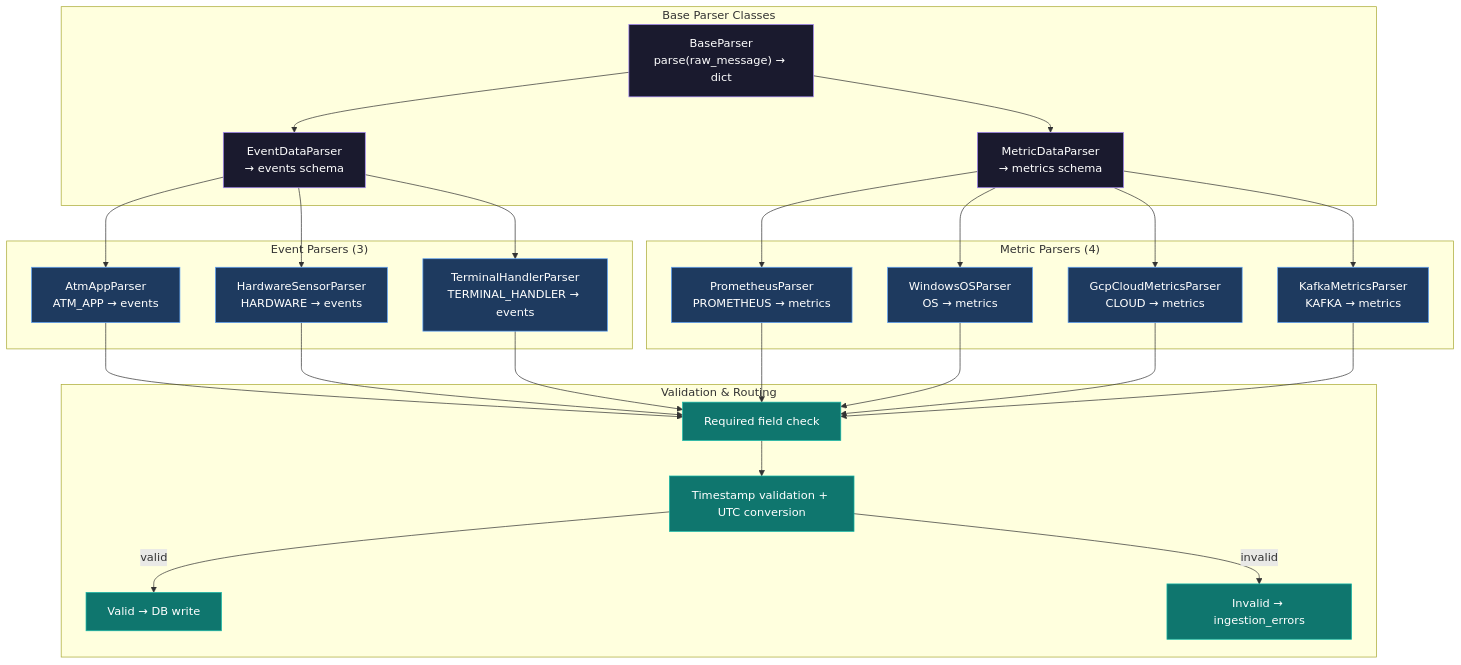
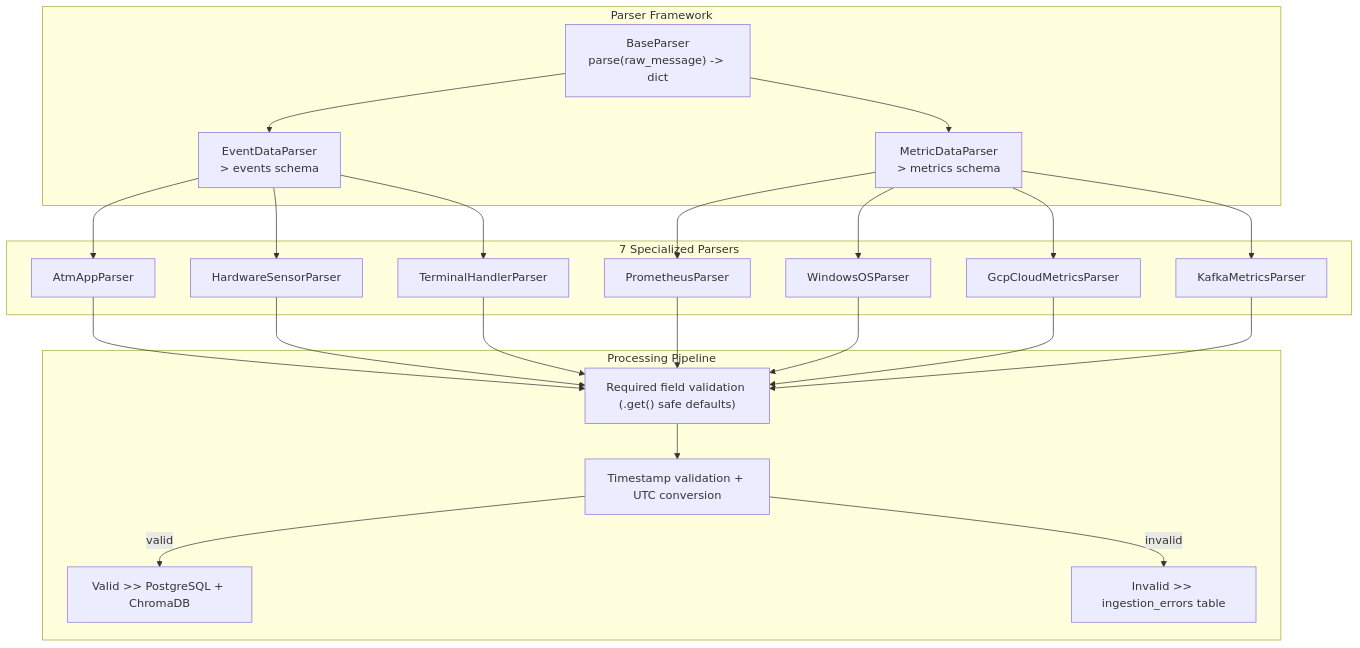
One commit to AhmedIkram05/laad changed the fourth of 8 diagrams in README.md. Above: the diagram before and after it, drawn with Mermaid. The commit also changed other lines of this file, not shown here.

````diff
--- a/README.md
+++ b/README.md
@@ -447,51 +382,31 @@
 ```mermaid
 flowchart TD
-  subgraph Base ["Base Parser Classes"]
-    BP["BaseParser\nparse(raw_message) → dict"]
-    EDP["EventDataParser\n→ events schema"]
-    MDP["MetricDataParser\n→ metrics schema"]
+  subgraph Base ["Parser Framework"]
+    BP["BaseParser<br/>parse(raw_message) -> dict"]
+    EDP["EventDataParser<br/>> events schema"]
+    MDP["MetricDataParser<br/>> metrics schema"]
   end
 
-  subgraph EventParsers ["Event Parsers (3)"]
-    AAP["AtmAppParser\nATM_APP → events"]
-    HSP["HardwareSensorParser\nHARDWARE → events"]
-    THP["TerminalHandlerParser\nTERMINAL_HANDLER → events"]
+  subgraph Parsers ["7 Specialized Parsers"]
+    AAP["AtmAppParser"]
+    HSP["HardwareSensorParser"]
+    THP["TerminalHandlerParser"]
+    PP["PrometheusParser"]
+    WOP["WindowsOSParser"]
+    GP["GcpCloudMetricsParser"]
+    KP["KafkaMetricsParser"]
   end
 
-  subgraph MetricParsers ["Metric Parsers (4)"]
-    PP["PrometheusParser\nPROMETHEUS → metrics"]
-    WOP["WindowsOSParser\nOS → metrics"]
-    GP["GcpCloudMetricsParser\nCLOUD → metrics"]
-    KP["KafkaMetricsParser\nKAFKA → metrics"]
+  subgraph Pipeline ["Processing Pipeline"]
+    REQ["Required field validation (.get() safe defaults)"]
+    TS["Timestamp validation + UTC conversion"]
+    OK["Valid >> PostgreSQL + ChromaDB"]
+    ERR["Invalid >> ingestion_errors table"]
   end
 
-  subgraph Validation ["Validation & Routing"]
-    REQ["Required field check"]
-    TS["Timestamp validation + UTC conversion"]
-    OK["Valid → DB write"]
-    ERR["Invalid → ingestion_errors"]
-  end
-
-  BP --> EDP
-  BP --> MDP
-  EDP --> AAP
-  EDP --> HSP
-  EDP --> THP
-  MDP --> PP
-  MDP --> WOP
-  MDP --> GP
-  MDP --> KP
-
-  AAP & HSP & THP & PP & WOP & GP & KP --> REQ
-  REQ --> TS
-  TS -->|"valid"| OK
-  TS -->|"invalid"| ERR
-
-  classDef base fill:#1a1a2e,stroke:#a78bfa,color:#ffffff;
-  classDef parser fill:#1e3a5f,stroke:#60a5fa,color:#ffffff;
-  classDef val fill:#0f766e,stroke:#14b8a6,color:#ffffff;
-
-  class BP,EDP,MDP base;
-  class AAP,HSP,THP,PP,WOP,GP,KP parser;
-  class REQ,TS,OK,ERR val;
+  BP --> EDP --> AAP & HSP & THP
+  BP --> MDP --> PP & WOP & GP & KP
+  AAP & HSP & THP & PP & WOP & GP & KP --> REQ --> TS
+  TS -->|valid| OK
+  TS -->|invalid| ERR
 ```
````
